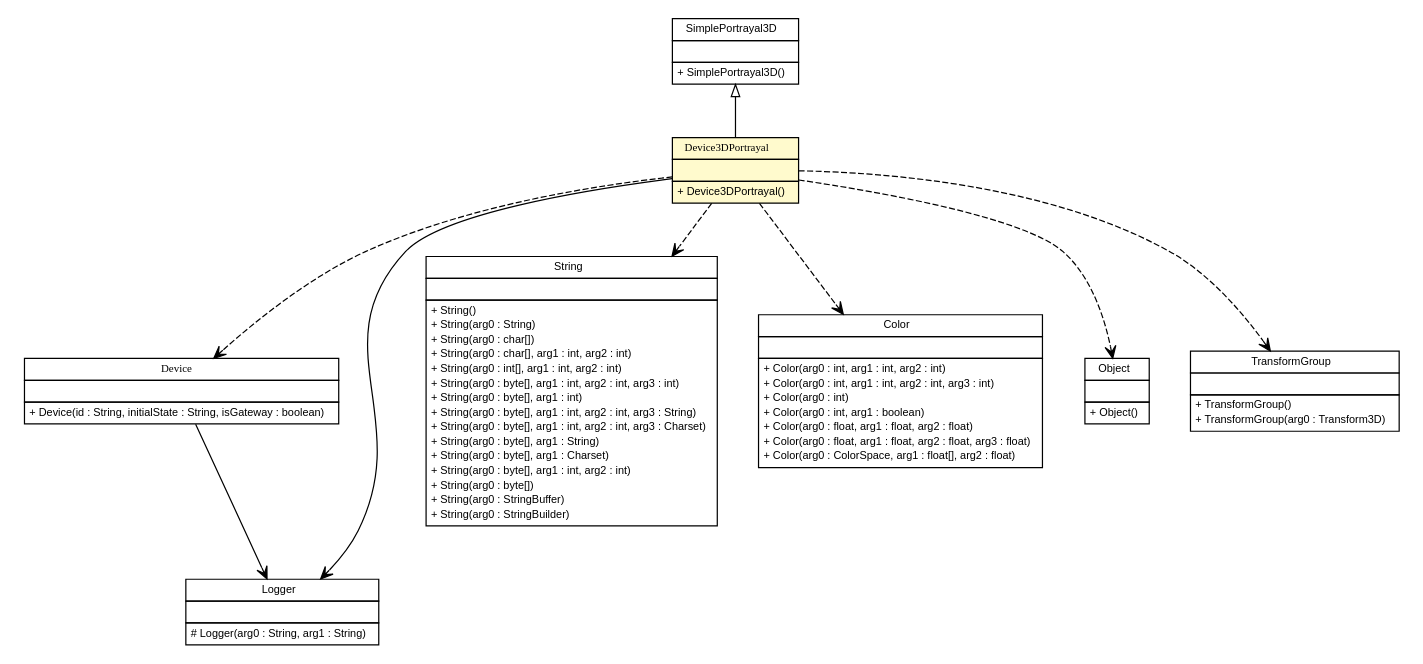
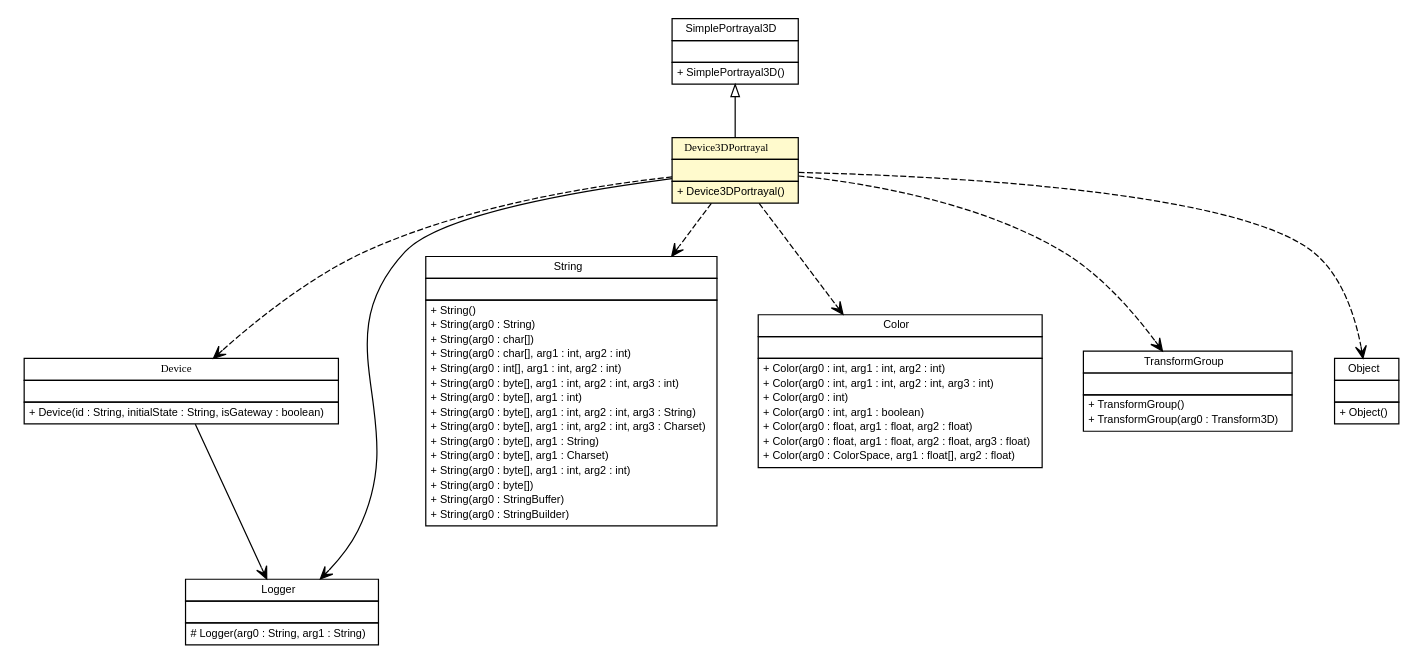
Before and after one commit to gsi-upm/Shanks: the diagram in apidocs/es/upm/dit/gsi/shanks/model/element/device/portrayal/Device3DPortrayal.dot, drawn with Graphviz. The commit also changed 897 other files, not shown here.

```diff
--- a/apidocs/es/upm/dit/gsi/shanks/model/element/device/portrayal/Device3DPortrayal.dot
+++ b/apidocs/es/upm/dit/gsi/shanks/model/element/device/portrayal/Device3DPortrayal.dot
@@ -1,145 +1,145 @@
 #!/usr/local/bin/dot
 #
 # Class diagram 
 # Generated by UMLGraph version 5.1 (http://www.umlgraph.org/)
 #
 
 digraph G {
 	edge [fontname="arial",fontsize=10,labelfontname="arial",labelfontsize=10];
 	node [fontname="arial",fontsize=10,shape=plaintext];
 	nodesep=0.25;
 	ranksep=0.5;
 	// es.upm.dit.gsi.shanks.model.element.device.Device
 	c4492 [label=<<table title="es.upm.dit.gsi.shanks.model.element.device.Device" border="0" cellborder="1" cellspacing="0" cellpadding="2" port="p" href="../Device.html">
 		<tr><td><table border="0" cellspacing="0" cellpadding="1">
 <tr><td align="center" balign="center"><font face="ariali"> Device </font></td></tr>
 		</table></td></tr>
 		<tr><td><table border="0" cellspacing="0" cellpadding="1">
 <tr><td align="left" balign="left">  </td></tr>
 		</table></td></tr>
 		<tr><td><table border="0" cellspacing="0" cellpadding="1">
 <tr><td align="left" balign="left"> + Device(id : String, initialState : String, isGateway : boolean) </td></tr>
 		</table></td></tr>
 		</table>>, fontname="arial", fontcolor="black", fontsize=9.0];
 	// es.upm.dit.gsi.shanks.model.element.device.portrayal.Device3DPortrayal
 	c4493 [label=<<table title="es.upm.dit.gsi.shanks.model.element.device.portrayal.Device3DPortrayal" border="0" cellborder="1" cellspacing="0" cellpadding="2" port="p" bgcolor="lemonChiffon" href="./Device3DPortrayal.html">
 		<tr><td><table border="0" cellspacing="0" cellpadding="1">
 <tr><td align="center" balign="center"><font face="ariali"> Device3DPortrayal </font></td></tr>
 		</table></td></tr>
 		<tr><td><table border="0" cellspacing="0" cellpadding="1">
 <tr><td align="left" balign="left">  </td></tr>
 		</table></td></tr>
 		<tr><td><table border="0" cellspacing="0" cellpadding="1">
 <tr><td align="left" balign="left"> + Device3DPortrayal() </td></tr>
 		</table></td></tr>
 		</table>>, fontname="arial", fontcolor="black", fontsize=9.0];
 	//es.upm.dit.gsi.shanks.model.element.device.portrayal.Device3DPortrayal extends sim.portrayal3d.SimplePortrayal3D
 	c4543:p -> c4493:p [dir=back,arrowtail=empty];
 	// es.upm.dit.gsi.shanks.model.element.device.Device NAVASSOC java.util.logging.Logger
 	c4492:p -> c4544:p [taillabel="", label="", headlabel="", fontname="arial", fontcolor="black", fontsize=10.0, color="black", arrowhead=open];
 	// es.upm.dit.gsi.shanks.model.element.device.portrayal.Device3DPortrayal NAVASSOC java.util.logging.Logger
 	c4493:p -> c4544:p [taillabel="", label="", headlabel="", fontname="arial", fontcolor="black", fontsize=10.0, color="black", arrowhead=open];
 	// es.upm.dit.gsi.shanks.model.element.device.portrayal.Device3DPortrayal DEPEND es.upm.dit.gsi.shanks.model.element.device.Device
 	c4493:p -> c4492:p [taillabel="", label="", headlabel="", fontname="arial", fontcolor="black", fontsize=10.0, color="black", arrowhead=open, style=dashed];
 	// es.upm.dit.gsi.shanks.model.element.device.portrayal.Device3DPortrayal DEPEND java.lang.String
 	c4493:p -> c4545:p [taillabel="", label="", headlabel="", fontname="arial", fontcolor="black", fontsize=10.0, color="black", arrowhead=open, style=dashed];
 	// es.upm.dit.gsi.shanks.model.element.device.portrayal.Device3DPortrayal DEPEND java.awt.Color
 	c4493:p -> c4546:p [taillabel="", label="", headlabel="", fontname="arial", fontcolor="black", fontsize=10.0, color="black", arrowhead=open, style=dashed];
+	// es.upm.dit.gsi.shanks.model.element.device.portrayal.Device3DPortrayal DEPEND javax.media.j3d.TransformGroup
+	c4493:p -> c4547:p [taillabel="", label="", headlabel="", fontname="arial", fontcolor="black", fontsize=10.0, color="black", arrowhead=open, style=dashed];
 	// es.upm.dit.gsi.shanks.model.element.device.portrayal.Device3DPortrayal DEPEND java.lang.Object
-	c4493:p -> c4547:p [taillabel="", label="", headlabel="", fontname="arial", fontcolor="black", fontsize=10.0, color="black", arrowhead=open, style=dashed];
-	// es.upm.dit.gsi.shanks.model.element.device.portrayal.Device3DPortrayal DEPEND javax.media.j3d.TransformGroup
 	c4493:p -> c4548:p [taillabel="", label="", headlabel="", fontname="arial", fontcolor="black", fontsize=10.0, color="black", arrowhead=open, style=dashed];
 	// sim.portrayal3d.SimplePortrayal3D
 	c4543 [label=<<table title="sim.portrayal3d.SimplePortrayal3D" border="0" cellborder="1" cellspacing="0" cellpadding="2" port="p" href="http://java.sun.com/j2se/1.4.2/docs/api/sim/portrayal3d/SimplePortrayal3D.html">
 		<tr><td><table border="0" cellspacing="0" cellpadding="1">
 <tr><td align="center" balign="center"> SimplePortrayal3D </td></tr>
 		</table></td></tr>
 		<tr><td><table border="0" cellspacing="0" cellpadding="1">
 <tr><td align="left" balign="left">  </td></tr>
 		</table></td></tr>
 		<tr><td><table border="0" cellspacing="0" cellpadding="1">
 <tr><td align="left" balign="left"> + SimplePortrayal3D() </td></tr>
 		</table></td></tr>
 		</table>>, fontname="arial", fontcolor="black", fontsize=9.0];
 	// java.lang.Object
-	c4547 [label=<<table title="java.lang.Object" border="0" cellborder="1" cellspacing="0" cellpadding="2" port="p" href="http://java.sun.com/j2se/1.4.2/docs/api/java/lang/Object.html">
+	c4548 [label=<<table title="java.lang.Object" border="0" cellborder="1" cellspacing="0" cellpadding="2" port="p" href="http://java.sun.com/j2se/1.4.2/docs/api/java/lang/Object.html">
 		<tr><td><table border="0" cellspacing="0" cellpadding="1">
 <tr><td align="center" balign="center"> Object </td></tr>
 		</table></td></tr>
 		<tr><td><table border="0" cellspacing="0" cellpadding="1">
 <tr><td align="left" balign="left">  </td></tr>
 		</table></td></tr>
 		<tr><td><table border="0" cellspacing="0" cellpadding="1">
 <tr><td align="left" balign="left"> + Object() </td></tr>
 		</table></td></tr>
 		</table>>, fontname="arial", fontcolor="black", fontsize=9.0];
 	// javax.media.j3d.TransformGroup
-	c4548 [label=<<table title="javax.media.j3d.TransformGroup" border="0" cellborder="1" cellspacing="0" cellpadding="2" port="p" href="http://java.sun.com/j2se/1.4.2/docs/api/javax/media/j3d/TransformGroup.html">
+	c4547 [label=<<table title="javax.media.j3d.TransformGroup" border="0" cellborder="1" cellspacing="0" cellpadding="2" port="p" href="http://java.sun.com/j2se/1.4.2/docs/api/javax/media/j3d/TransformGroup.html">
 		<tr><td><table border="0" cellspacing="0" cellpadding="1">
 <tr><td align="center" balign="center"> TransformGroup </td></tr>
 		</table></td></tr>
 		<tr><td><table border="0" cellspacing="0" cellpadding="1">
 <tr><td align="left" balign="left">  </td></tr>
 		</table></td></tr>
 		<tr><td><table border="0" cellspacing="0" cellpadding="1">
 <tr><td align="left" balign="left"> + TransformGroup() </td></tr>
 <tr><td align="left" balign="left"> + TransformGroup(arg0 : Transform3D) </td></tr>
 		</table></td></tr>
 		</table>>, fontname="arial", fontcolor="black", fontsize=9.0];
 	// java.awt.Color
 	c4546 [label=<<table title="java.awt.Color" border="0" cellborder="1" cellspacing="0" cellpadding="2" port="p" href="http://java.sun.com/j2se/1.4.2/docs/api/java/awt/Color.html">
 		<tr><td><table border="0" cellspacing="0" cellpadding="1">
 <tr><td align="center" balign="center"> Color </td></tr>
 		</table></td></tr>
 		<tr><td><table border="0" cellspacing="0" cellpadding="1">
 <tr><td align="left" balign="left">  </td></tr>
 		</table></td></tr>
 		<tr><td><table border="0" cellspacing="0" cellpadding="1">
 <tr><td align="left" balign="left"> + Color(arg0 : int, arg1 : int, arg2 : int) </td></tr>
 <tr><td align="left" balign="left"> + Color(arg0 : int, arg1 : int, arg2 : int, arg3 : int) </td></tr>
 <tr><td align="left" balign="left"> + Color(arg0 : int) </td></tr>
 <tr><td align="left" balign="left"> + Color(arg0 : int, arg1 : boolean) </td></tr>
 <tr><td align="left" balign="left"> + Color(arg0 : float, arg1 : float, arg2 : float) </td></tr>
 <tr><td align="left" balign="left"> + Color(arg0 : float, arg1 : float, arg2 : float, arg3 : float) </td></tr>
 <tr><td align="left" balign="left"> + Color(arg0 : ColorSpace, arg1 : float[], arg2 : float) </td></tr>
 		</table></td></tr>
 		</table>>, fontname="arial", fontcolor="black", fontsize=9.0];
 	// java.lang.String
 	c4545 [label=<<table title="java.lang.String" border="0" cellborder="1" cellspacing="0" cellpadding="2" port="p" href="http://java.sun.com/j2se/1.4.2/docs/api/java/lang/String.html">
 		<tr><td><table border="0" cellspacing="0" cellpadding="1">
 <tr><td align="center" balign="center"> String </td></tr>
 		</table></td></tr>
 		<tr><td><table border="0" cellspacing="0" cellpadding="1">
 <tr><td align="left" balign="left">  </td></tr>
 		</table></td></tr>
 		<tr><td><table border="0" cellspacing="0" cellpadding="1">
 <tr><td align="left" balign="left"> + String() </td></tr>
 <tr><td align="left" balign="left"> + String(arg0 : String) </td></tr>
 <tr><td align="left" balign="left"> + String(arg0 : char[]) </td></tr>
 <tr><td align="left" balign="left"> + String(arg0 : char[], arg1 : int, arg2 : int) </td></tr>
 <tr><td align="left" balign="left"> + String(arg0 : int[], arg1 : int, arg2 : int) </td></tr>
 <tr><td align="left" balign="left"> + String(arg0 : byte[], arg1 : int, arg2 : int, arg3 : int) </td></tr>
 <tr><td align="left" balign="left"> + String(arg0 : byte[], arg1 : int) </td></tr>
 <tr><td align="left" balign="left"> + String(arg0 : byte[], arg1 : int, arg2 : int, arg3 : String) </td></tr>
 <tr><td align="left" balign="left"> + String(arg0 : byte[], arg1 : int, arg2 : int, arg3 : Charset) </td></tr>
 <tr><td align="left" balign="left"> + String(arg0 : byte[], arg1 : String) </td></tr>
 <tr><td align="left" balign="left"> + String(arg0 : byte[], arg1 : Charset) </td></tr>
 <tr><td align="left" balign="left"> + String(arg0 : byte[], arg1 : int, arg2 : int) </td></tr>
 <tr><td align="left" balign="left"> + String(arg0 : byte[]) </td></tr>
 <tr><td align="left" balign="left"> + String(arg0 : StringBuffer) </td></tr>
 <tr><td align="left" balign="left"> + String(arg0 : StringBuilder) </td></tr>
 		</table></td></tr>
 		</table>>, fontname="arial", fontcolor="black", fontsize=9.0];
 	// java.util.logging.Logger
 	c4544 [label=<<table title="java.util.logging.Logger" border="0" cellborder="1" cellspacing="0" cellpadding="2" port="p" href="http://java.sun.com/j2se/1.4.2/docs/api/java/util/logging/Logger.html">
 		<tr><td><table border="0" cellspacing="0" cellpadding="1">
 <tr><td align="center" balign="center"> Logger </td></tr>
 		</table></td></tr>
 		<tr><td><table border="0" cellspacing="0" cellpadding="1">
 <tr><td align="left" balign="left">  </td></tr>
 		</table></td></tr>
 		<tr><td><table border="0" cellspacing="0" cellpadding="1">
 <tr><td align="left" balign="left"> # Logger(arg0 : String, arg1 : String) </td></tr>
 		</table></td></tr>
 		</table>>, fontname="arial", fontcolor="black", fontsize=9.0];
 }
```
